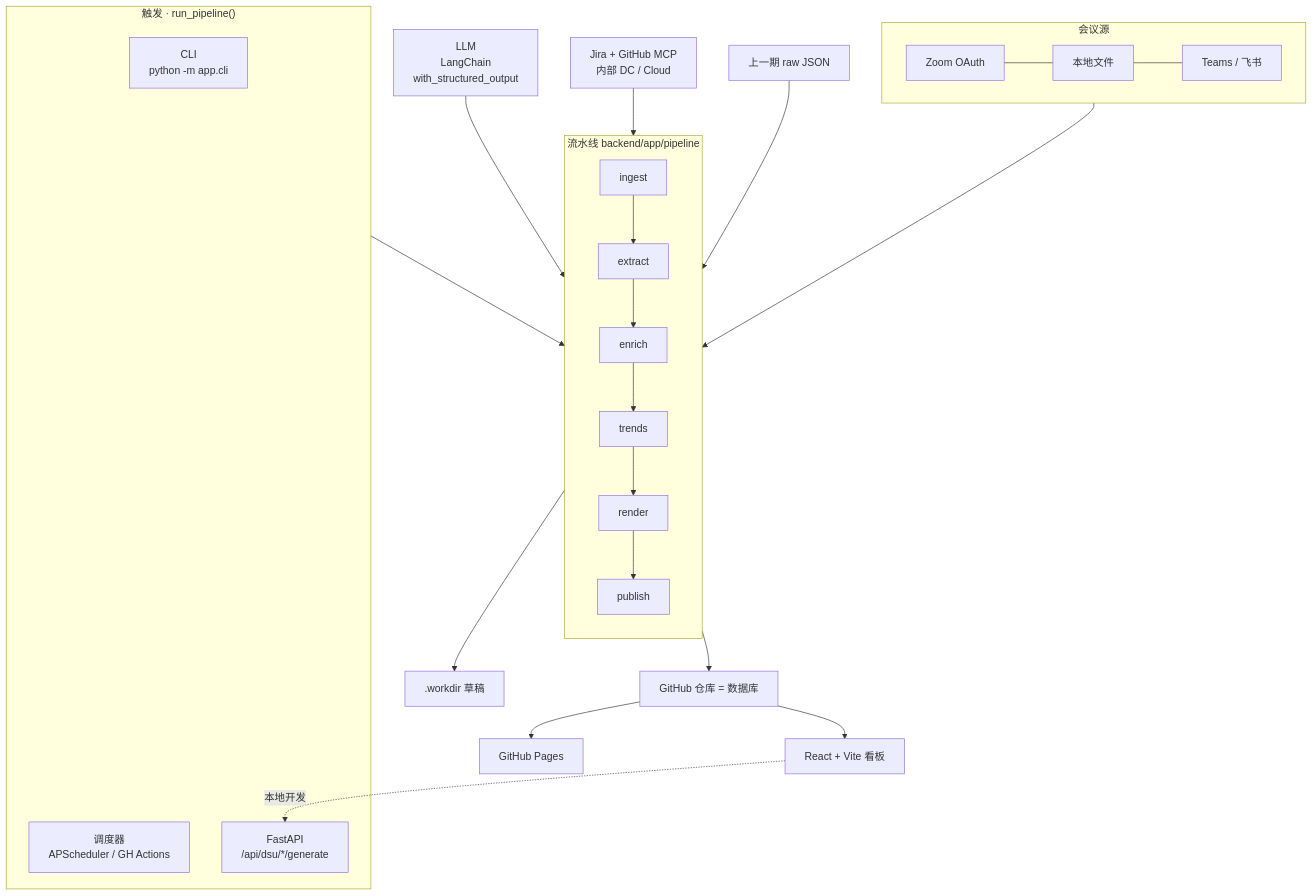
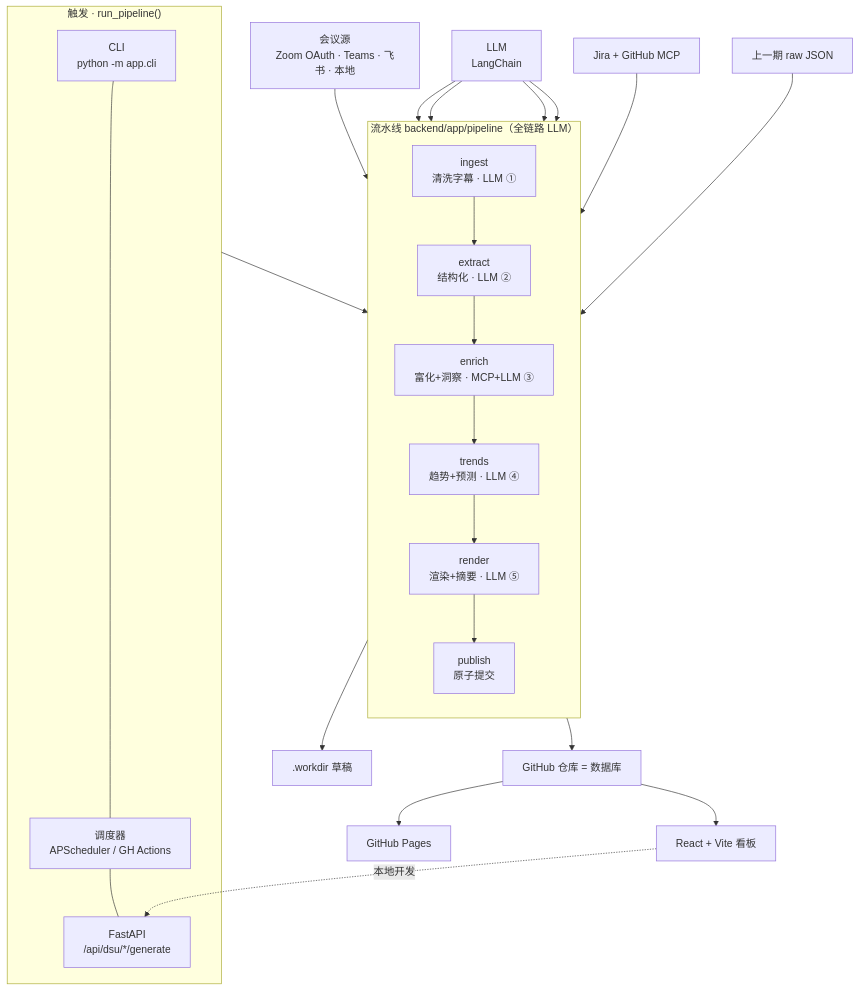
The first of 2 diagrams in README.md (kaishui/scrumMasterAgent), drawn with Mermaid before and after one commit. The commit also changed other lines of this file, not shown here.

````diff
--- a/README.md
+++ b/README.md
@@ -15,36 +15,35 @@
 ```mermaid
 flowchart TB
     subgraph Trig["触发 · run_pipeline()"]
-        CLI["CLI<br/>python -m app.cli"]
-        Sched["调度器<br/>APScheduler / GH Actions"]
-        API["FastAPI<br/>/api/dsu/*/generate"]
+        CLI["CLI<br/>python -m app.cli"] --- Sched["调度器<br/>APScheduler / GH Actions"] --- API["FastAPI<br/>/api/dsu/*/generate"]
     end
 
-    subgraph Src["会议源"]
-        Zoom["Zoom OAuth"] --- Local["本地文件"] --- Other["Teams / 飞书"]
-    end
-    LLM["LLM<br/>LangChain<br/>with_structured_output"]
-    MCP["Jira + GitHub MCP<br/>内部 DC / Cloud"]
+    Src["会议源<br/>Zoom OAuth · Teams · 飞书 · 本地"]
+    LLM["LLM<br/>LangChain"]
+    MCP["Jira + GitHub MCP"]
     Prev["上一期 raw JSON"]
 
-    subgraph Pipe["流水线 backend/app/pipeline"]
+    subgraph Pipe["流水线 backend/app/pipeline（全链路 LLM）"]
         direction TB
-        Ingest["ingest"] --> Extract["extract"] --> Enrich["enrich"] --> Trends["trends"] --> Render["render"] --> Publish["publish"]
+        Ingest["ingest<br/>清洗字幕 · LLM ①"] --> Extract["extract<br/>结构化 · LLM ②"] --> Enrich["enrich<br/>富化+洞察 · MCP+LLM ③"] --> Trends["trends<br/>趋势+预测 · LLM ④"] --> Render["render<br/>渲染+摘要 · LLM ⑤"] --> Publish["publish<br/>原子提交"]
     end
 
     Trig --> Ingest
     Src --> Ingest
     LLM --> Extract
+    LLM --> Enrich
+    LLM --> Trends
+    LLM --> Render
     MCP --> Enrich
     Prev --> Trends
 
     Draft[".workdir 草稿"]
     GH["GitHub 仓库 = 数据库"]
     Pages["GitHub Pages"]
     FE["React + Vite 看板"]
 
     Render --> Draft
     Publish --> GH --> Pages
     GH --> FE
     FE -.->|本地开发| API
 ```
````
